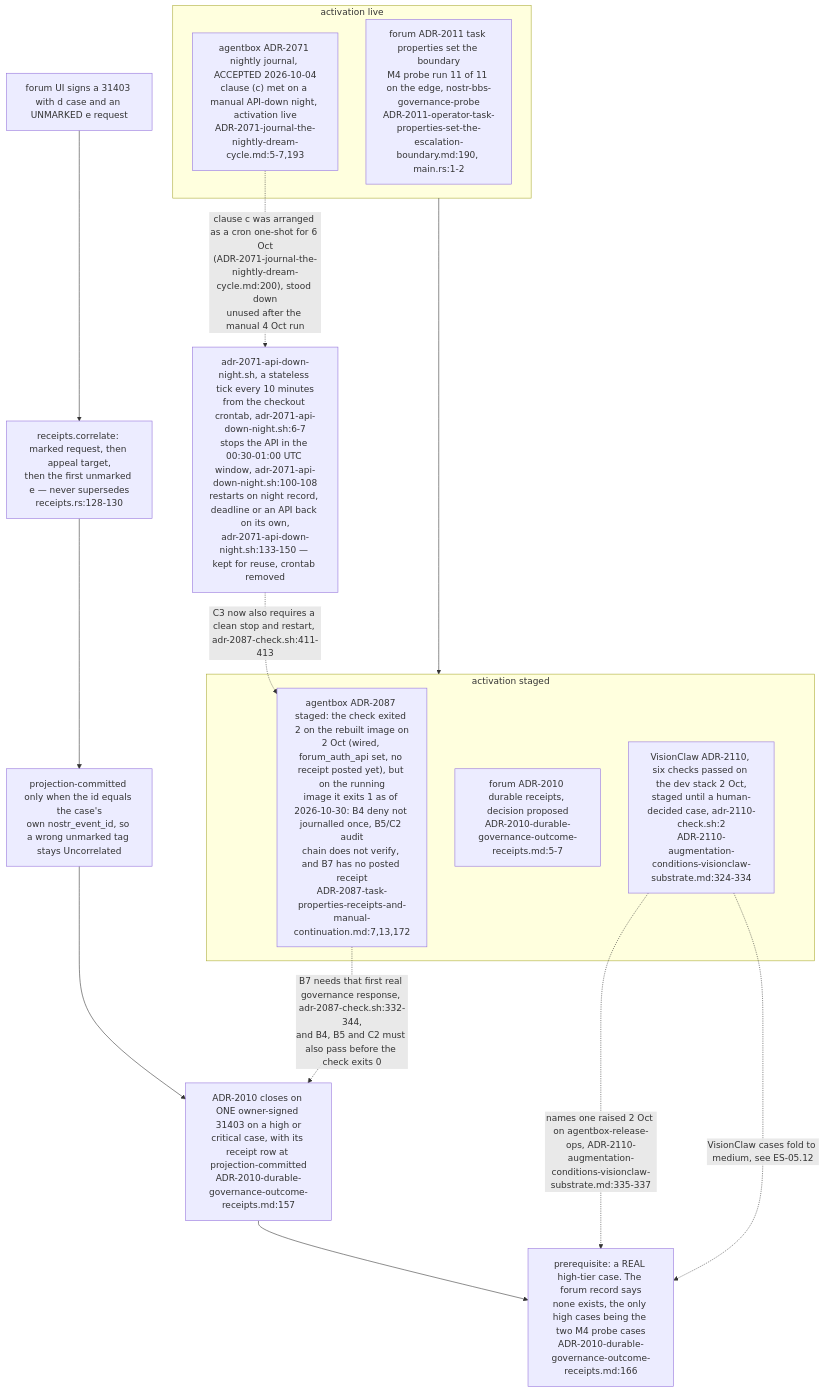
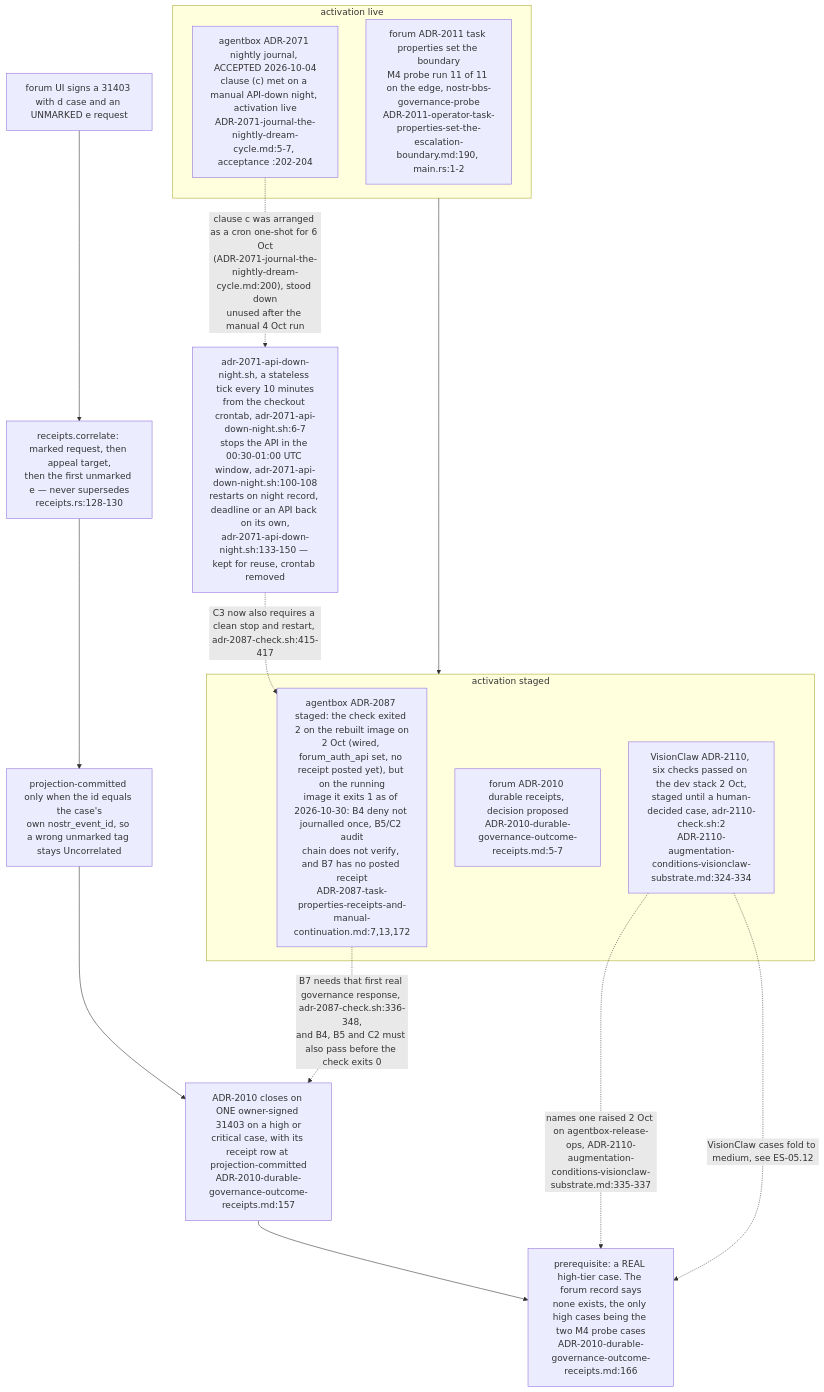
Before and after one commit to DreamLab-AI/VisionFlow: the tenth of 12 diagrams in docs/diagrams/estate/05-governance-loop-across-estate.md, drawn with Mermaid. The commit also changed other lines of this file and 6 other files, not shown here.

````diff
--- a/docs/diagrams/estate/05-governance-loop-across-estate.md
+++ b/docs/diagrams/estate/05-governance-loop-across-estate.md
@@ -333,23 +336,23 @@
 ```mermaid
 flowchart TB
     subgraph LIVE["activation live"]
         F2011["forum ADR-2011 task properties set the boundary<br/>M4 probe run 11 of 11 on the edge, nostr-bbs-governance-probe<br/>ADR-2011-operator-task-properties-set-the-escalation-boundary.md:190, main.rs:1-2"]
-        A2071["agentbox ADR-2071 nightly journal, ACCEPTED 2026-10-04<br/>clause (c) met on a manual API-down night, activation live<br/>ADR-2071-journal-the-nightly-dream-cycle.md:5-7,193"]
+        A2071["agentbox ADR-2071 nightly journal, ACCEPTED 2026-10-04<br/>clause (c) met on a manual API-down night, activation live<br/>ADR-2071-journal-the-nightly-dream-cycle.md:5-7, acceptance :202-204"]
     end
     A2071 -.->|"clause c was arranged as a cron one-shot for 6 Oct<br/>(ADR-2071-journal-the-nightly-dream-cycle.md:200), stood down<br/>unused after the manual 4 Oct run"| ONESHOT["adr-2071-api-down-night.sh, a stateless tick every 10 minutes<br/>from the checkout crontab, adr-2071-api-down-night.sh:6-7<br/>stops the API in the 00:30-01:00 UTC window, adr-2071-api-down-night.sh:100-108<br/>restarts on night record, deadline or an API back on its own,<br/>adr-2071-api-down-night.sh:133-150 — kept for reuse, crontab removed"]
-    ONESHOT -.->|"C3 now also requires a clean stop and restart, adr-2087-check.sh:411-413"| A2087
+    ONESHOT -.->|"C3 now also requires a clean stop and restart, adr-2087-check.sh:415-417"| A2087
     subgraph STAGED["activation staged"]
         A2087["agentbox ADR-2087 staged: the check exited 2 on the rebuilt image on<br/>2 Oct (wired, forum_auth_api set, no receipt posted yet), but on the running<br/>image it exits 1 as of 2026-10-30: B4 deny not journalled once, B5/C2 audit<br/>chain does not verify, and B7 has no posted receipt<br/>ADR-2087-task-properties-receipts-and-manual-continuation.md:7,13,172"]
         F2010["forum ADR-2010 durable receipts, decision proposed<br/>ADR-2010-durable-governance-outcome-receipts.md:5-7"]
         V2110["VisionClaw ADR-2110, six checks passed on the dev stack 2 Oct,<br/>staged until a human-decided case, adr-2110-check.sh:2<br/>ADR-2110-augmentation-conditions-visionclaw-substrate.md:324-334"]
     end
     LIVE --> STAGED
 
     UI["forum UI signs a 31403 with d case and an UNMARKED e request"] --> COR["receipts.correlate: marked request, then appeal target,<br/>then the first unmarked e — never supersedes<br/>receipts.rs:128-130"]
     COR --> PROJ["projection-committed only when the id equals the case's<br/>own nostr_event_id, so a wrong unmarked tag stays Uncorrelated"]
     PROJ --> ACC["ADR-2010 closes on ONE owner-signed 31403 on a high or<br/>critical case, with its receipt row at projection-committed<br/>ADR-2010-durable-governance-outcome-receipts.md:157"]
     ACC --> NOCASE["prerequisite: a REAL high-tier case. The forum record says<br/>none exists, the only high cases being the two M4 probe cases<br/>ADR-2010-durable-governance-outcome-receipts.md:166"]
     V2110 -.->|"names one raised 2 Oct on agentbox-release-ops, ADR-2110-augmentation-conditions-visionclaw-substrate.md:335-337"| NOCASE
     V2110 -.->|"VisionClaw cases fold to medium, see ES-05.12"| NOCASE
-    A2087 -.->|"B7 needs that first real governance response, adr-2087-check.sh:332-344,<br/>and B4, B5 and C2 must also pass before the check exits 0"| ACC
+    A2087 -.->|"B7 needs that first real governance response, adr-2087-check.sh:336-348,<br/>and B4, B5 and C2 must also pass before the check exits 0"| ACC
 ```
````
